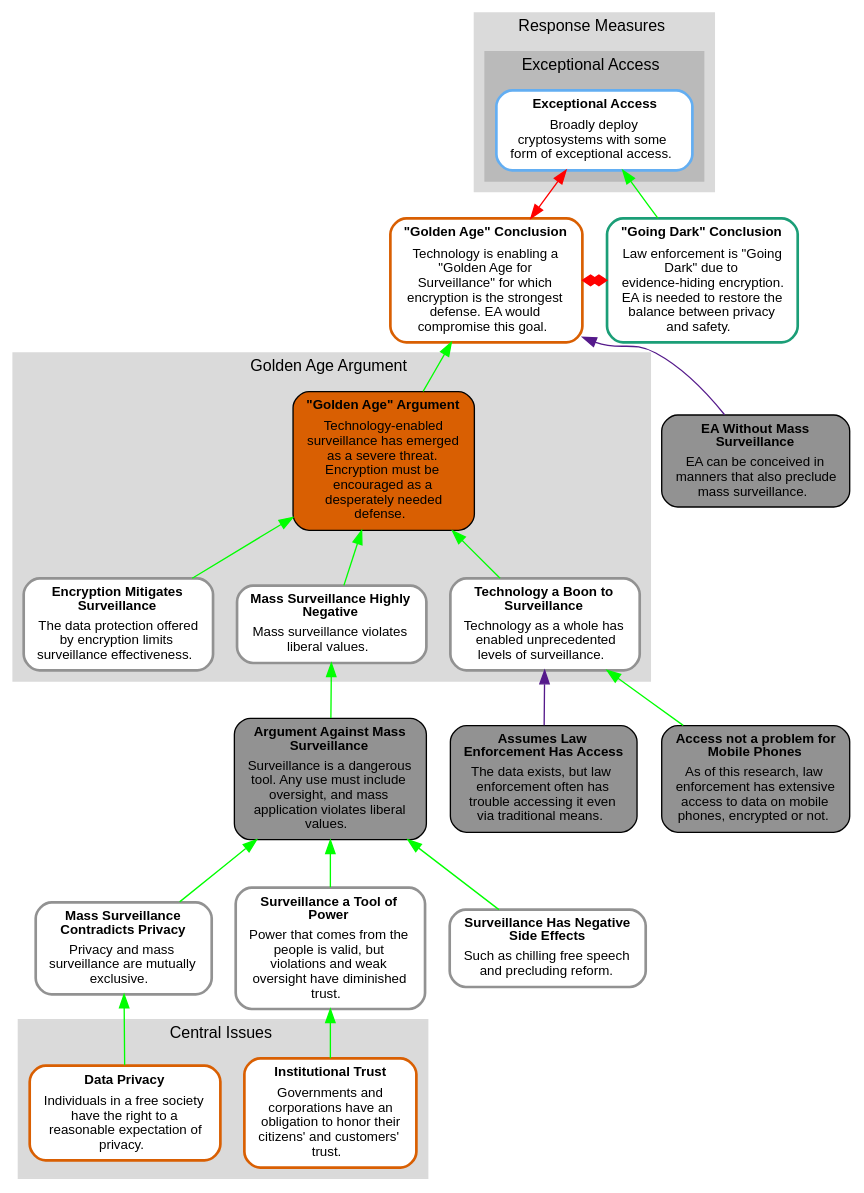
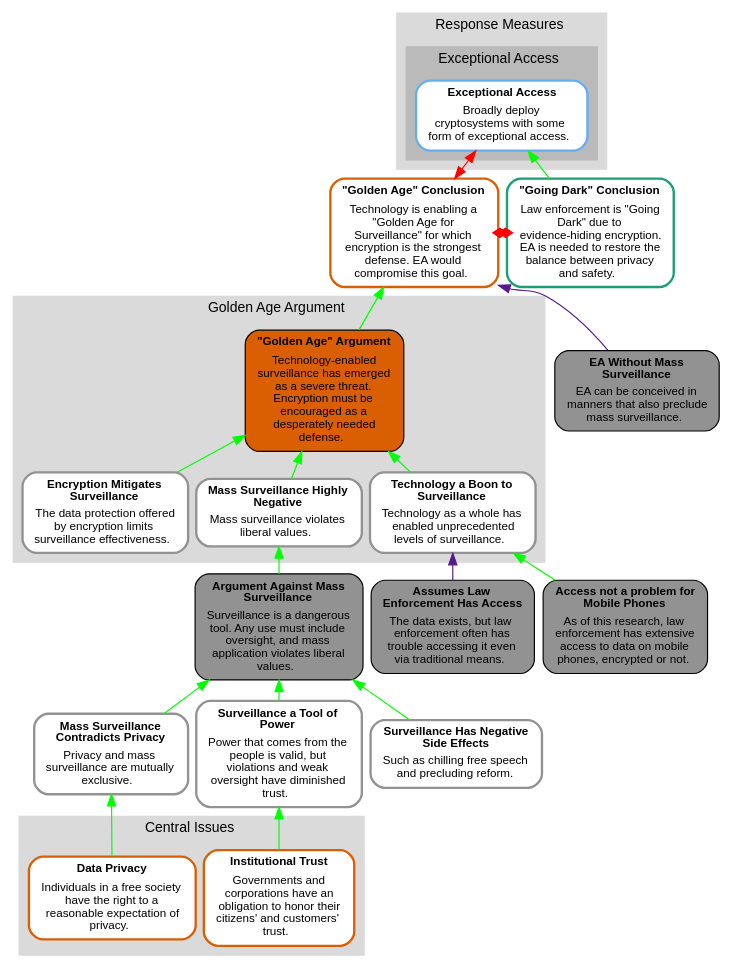
Before and after one commit to kkredit/confronting-wicked-crypto: the diagram in articles/tots-ieee/figures/dot/comprehensive.goldenage.dot, drawn with Graphviz. The commit also changed 5 other files, not shown here.

Commit message:
modified dot files for more compact graphs

```diff
--- a/articles/tots-ieee/figures/dot/comprehensive.goldenage.dot
+++ b/articles/tots-ieee/figures/dot/comprehensive.goldenage.dot
@@ -1,89 +1,91 @@
 digraph "Argument Map" {
 
 rankdir = "BT";
+nodesep = "0.1";
+ranksep = "0.25";
 concentrate = "false";
 ratio = "compress";
-size = "8,10";
+size = "6,8.5";
 edge[arrowsize="1", penwidth="1"]graph [bgcolor = "transparent" ]
 subgraph cluster_1 {
   label = <<FONT FACE="arial" POINT-SIZE="12" COLOR="#000000">Central&#x20;Issues&#x20;</FONT>>;
   color = "#DADADA";
   margin="8" style = filled;
  labelloc = "b";
 
   n0 [label=<<TABLE WIDTH="0" ALIGN="CENTER" BORDER="0" CELLSPACING="0"><TR><TD WIDTH="0" ALIGN="TEXT" BALIGN="CENTER"><FONT FACE="arial" POINT-SIZE="10" COLOR="#000000"><B>Data&#x20;Privacy&#x20;</B></FONT></TD></TR><TR><TD ALIGN="TEXT" WIDTH="0" BALIGN="CENTER"><FONT FACE="arial" POINT-SIZE="10" COLOR="#000000">Individuals&#x20;in&#x20;a&#x20;free&#x20;society&#x20;<BR/>have&#x20;the&#x20;right&#x20;to&#x20;a&#x20;<BR/>reasonable&#x20;expectation&#x20;of&#x20;<BR/>privacy.&#x20;&#x20;</FONT></TD></TR></TABLE>>, shape="box",  margin="0.11,0.055", style="filled,rounded,bold", color="#d95f02", fillcolor="white", labelfontcolor="white", fontcolor="#000000", type="statement-map-node"];
   n1 [label=<<TABLE WIDTH="0" ALIGN="CENTER" BORDER="0" CELLSPACING="0"><TR><TD WIDTH="0" ALIGN="TEXT" BALIGN="CENTER"><FONT FACE="arial" POINT-SIZE="10" COLOR="#000000"><B>Institutional&#x20;Trust&#x20;</B></FONT></TD></TR><TR><TD ALIGN="TEXT" WIDTH="0" BALIGN="CENTER"><FONT FACE="arial" POINT-SIZE="10" COLOR="#000000">Governments&#x20;and&#x20;<BR/>corporations&#x20;have&#x20;an&#x20;<BR/>obligation&#x20;to&#x20;honor&#x20;their&#x20;<BR/>citizens&#x27;&#x20;and&#x20;customers&#x27;&#x20;<BR/>trust.&#x20;&#x20;</FONT></TD></TR></TABLE>>, shape="box",  margin="0.11,0.055", style="filled,rounded,bold", color="#d95f02", fillcolor="white", labelfontcolor="white", fontcolor="#000000", type="statement-map-node"];
 
 }
 
 
 subgraph cluster_2 {
   label = <<FONT FACE="arial" POINT-SIZE="12" COLOR="#000000">Golden&#x20;Age&#x20;Argument&#x20;</FONT>>;
   color = "#DADADA";
   margin="8" style = filled;
  labelloc = "b";
 
   n5 [label=<<TABLE WIDTH="0" ALIGN="CENTER" BORDER="0" CELLSPACING="0"><TR><TD WIDTH="0" ALIGN="TEXT" BALIGN="CENTER"><FONT FACE="arial" POINT-SIZE="10" COLOR="#000000"><B>Mass&#x20;Surveillance&#x20;Highly&#x20;<BR/>Negative&#x20;</B></FONT></TD></TR><TR><TD ALIGN="TEXT" WIDTH="0" BALIGN="CENTER"><FONT FACE="arial" POINT-SIZE="10" COLOR="#000000">Mass&#x20;surveillance&#x20;violates&#x20;<BR/>liberal&#x20;values.&#x20;&#x20;</FONT></TD></TR></TABLE>>, shape="box",  margin="0.11,0.055", style="filled,rounded,bold", color="#929292", fillcolor="white", labelfontcolor="white", fontcolor="#000000", type="statement-map-node"];
   n6 [label=<<TABLE WIDTH="0" ALIGN="CENTER" BORDER="0" CELLSPACING="0"><TR><TD WIDTH="0" ALIGN="TEXT" BALIGN="CENTER"><FONT FACE="arial" POINT-SIZE="10" COLOR="#000000"><B>Technology&#x20;a&#x20;Boon&#x20;to&#x20;<BR/>Surveillance&#x20;</B></FONT></TD></TR><TR><TD ALIGN="TEXT" WIDTH="0" BALIGN="CENTER"><FONT FACE="arial" POINT-SIZE="10" COLOR="#000000">Technology&#x20;as&#x20;a&#x20;whole&#x20;has&#x20;<BR/>enabled&#x20;unprecedented&#x20;<BR/>levels&#x20;of&#x20;surveillance.&#x20;&#x20;</FONT></TD></TR></TABLE>>, shape="box",  margin="0.11,0.055", style="filled,rounded,bold", color="#929292", fillcolor="white", labelfontcolor="white", fontcolor="#000000", type="statement-map-node"];
   n7 [label=<<TABLE WIDTH="0" ALIGN="CENTER" BORDER="0" CELLSPACING="0"><TR><TD WIDTH="0" ALIGN="TEXT" BALIGN="CENTER"><FONT FACE="arial" POINT-SIZE="10" COLOR="#000000"><B>Encryption&#x20;Mitigates&#x20;<BR/>Surveillance&#x20;</B></FONT></TD></TR><TR><TD ALIGN="TEXT" WIDTH="0" BALIGN="CENTER"><FONT FACE="arial" POINT-SIZE="10" COLOR="#000000">The&#x20;data&#x20;protection&#x20;offered&#x20;<BR/>by&#x20;encryption&#x20;limits&#x20;<BR/>surveillance&#x20;effectiveness.&#x20;&#x20;</FONT></TD></TR></TABLE>>, shape="box",  margin="0.11,0.055", style="filled,rounded,bold", color="#929292", fillcolor="white", labelfontcolor="white", fontcolor="#000000", type="statement-map-node"];
   n11 [label=<<TABLE WIDTH="0" ALIGN="CENTER" BORDER="0" CELLSPACING="0"><TR><TD WIDTH="0" ALIGN="TEXT" BALIGN="CENTER"><FONT FACE="arial" POINT-SIZE="10" COLOR="#000000"><B>&#x22;Golden&#x20;Age&#x22;&#x20;Argument&#x20;</B></FONT></TD></TR><TR><TD ALIGN="TEXT" WIDTH="0" BALIGN="CENTER"><FONT FACE="arial" POINT-SIZE="10" COLOR="#000000">Technology-enabled&#x20;<BR/>surveillance&#x20;has&#x20;emerged&#x20;<BR/>as&#x20;a&#x20;severe&#x20;threat.&#x20;<BR/>Encryption&#x20;must&#x20;be&#x20;<BR/>encouraged&#x20;as&#x20;a&#x20;<BR/>desperately&#x20;needed&#x20;<BR/>defense.&#x20;&#x20;</FONT></TD></TR></TABLE>>, margin="0.11,0.055", shape="box", style="filled,rounded", fillcolor="#d95f02", fontcolor="#000000",  type="argument-map-node"];
 
 }
 
 
 subgraph cluster_3 {
   label = <<FONT FACE="arial" POINT-SIZE="12" COLOR="#000000">Response&#x20;Measures&#x20;</FONT>>;
   color = "#DADADA";
   margin="8" style = filled;
  labelloc = "b";
 
 
 subgraph cluster_4 {
   label = <<FONT FACE="arial" POINT-SIZE="12" COLOR="#000000">Exceptional&#x20;Access&#x20;</FONT>>;
   color = "#BABABA";
   margin="8" style = filled;
  labelloc = "b";
 
   n2 [label=<<TABLE WIDTH="0" ALIGN="CENTER" BORDER="0" CELLSPACING="0"><TR><TD WIDTH="0" ALIGN="TEXT" BALIGN="CENTER"><FONT FACE="arial" POINT-SIZE="10" COLOR="#000000"><B>Exceptional&#x20;Access&#x20;</B></FONT></TD></TR><TR><TD ALIGN="TEXT" WIDTH="0" BALIGN="CENTER"><FONT FACE="arial" POINT-SIZE="10" COLOR="#000000">Broadly&#x20;deploy&#x20;<BR/>cryptosystems&#x20;with&#x20;some&#x20;<BR/>form&#x20;of&#x20;exceptional&#x20;access.&#x20;&#x20;</FONT></TD></TR></TABLE>>, shape="box",  margin="0.11,0.055", style="filled,rounded,bold", color="#63AEF2", fillcolor="white", labelfontcolor="white", fontcolor="#000000", type="statement-map-node"];
 
 }
 
 
 }
 
   n3 [label=<<TABLE WIDTH="0" ALIGN="CENTER" BORDER="0" CELLSPACING="0"><TR><TD WIDTH="0" ALIGN="TEXT" BALIGN="CENTER"><FONT FACE="arial" POINT-SIZE="10" COLOR="#000000"><B>&#x22;Going&#x20;Dark&#x22;&#x20;Conclusion&#x20;</B></FONT></TD></TR><TR><TD ALIGN="TEXT" WIDTH="0" BALIGN="CENTER"><FONT FACE="arial" POINT-SIZE="10" COLOR="#000000">Law&#x20;enforcement&#x20;is&#x20;&#x22;Going&#x20;<BR/>Dark&#x22;&#x20;due&#x20;to&#x20;<BR/>evidence-hiding&#x20;encryption.&#x20;<BR/>EA&#x20;is&#x20;needed&#x20;to&#x20;restore&#x20;the&#x20;<BR/>balance&#x20;between&#x20;privacy&#x20;<BR/>and&#x20;safety.&#x20;&#x20;</FONT></TD></TR></TABLE>>, shape="box",  margin="0.11,0.055", style="filled,rounded,bold", color="#1b9e77", fillcolor="white", labelfontcolor="white", fontcolor="#000000", type="statement-map-node"];
   n4 [label=<<TABLE WIDTH="0" ALIGN="CENTER" BORDER="0" CELLSPACING="0"><TR><TD WIDTH="0" ALIGN="TEXT" BALIGN="CENTER"><FONT FACE="arial" POINT-SIZE="10" COLOR="#000000"><B>&#x22;Golden&#x20;Age&#x22;&#x20;Conclusion&#x20;</B></FONT></TD></TR><TR><TD ALIGN="TEXT" WIDTH="0" BALIGN="CENTER"><FONT FACE="arial" POINT-SIZE="10" COLOR="#000000">Technology&#x20;is&#x20;enabling&#x20;a&#x20;<BR/>&#x22;Golden&#x20;Age&#x20;for&#x20;<BR/>Surveillance&#x22;&#x20;for&#x20;which&#x20;<BR/>encryption&#x20;is&#x20;the&#x20;strongest&#x20;<BR/>defense.&#x20;EA&#x20;would&#x20;<BR/>compromise&#x20;this&#x20;goal.&#x20;&#x20;</FONT></TD></TR></TABLE>>, shape="box",  margin="0.11,0.055", style="filled,rounded,bold", color="#d95f02", fillcolor="white", labelfontcolor="white", fontcolor="#000000", type="statement-map-node"];
   n8 [label=<<TABLE WIDTH="0" ALIGN="CENTER" BORDER="0" CELLSPACING="0"><TR><TD WIDTH="0" ALIGN="TEXT" BALIGN="CENTER"><FONT FACE="arial" POINT-SIZE="10" COLOR="#000000"><B>Surveillance&#x20;a&#x20;Tool&#x20;of&#x20;<BR/>Power&#x20;</B></FONT></TD></TR><TR><TD ALIGN="TEXT" WIDTH="0" BALIGN="CENTER"><FONT FACE="arial" POINT-SIZE="10" COLOR="#000000">Power&#x20;that&#x20;comes&#x20;from&#x20;the&#x20;<BR/>people&#x20;is&#x20;valid&#x2C;&#x20;but&#x20;<BR/>violations&#x20;and&#x20;weak&#x20;<BR/>oversight&#x20;have&#x20;diminished&#x20;<BR/>trust.&#x20;&#x20;</FONT></TD></TR></TABLE>>, shape="box",  margin="0.11,0.055", style="filled,rounded,bold", color="#929292", fillcolor="white", labelfontcolor="white", fontcolor="#000000", type="statement-map-node"];
   n9 [label=<<TABLE WIDTH="0" ALIGN="CENTER" BORDER="0" CELLSPACING="0"><TR><TD WIDTH="0" ALIGN="TEXT" BALIGN="CENTER"><FONT FACE="arial" POINT-SIZE="10" COLOR="#000000"><B>Surveillance&#x20;Has&#x20;Negative&#x20;<BR/>Side&#x20;Effects&#x20;</B></FONT></TD></TR><TR><TD ALIGN="TEXT" WIDTH="0" BALIGN="CENTER"><FONT FACE="arial" POINT-SIZE="10" COLOR="#000000">Such&#x20;as&#x20;chilling&#x20;free&#x20;speech&#x20;<BR/>and&#x20;precluding&#x20;reform.&#x20;&#x20;</FONT></TD></TR></TABLE>>, shape="box",  margin="0.11,0.055", style="filled,rounded,bold", color="#929292", fillcolor="white", labelfontcolor="white", fontcolor="#000000", type="statement-map-node"];
   n10 [label=<<TABLE WIDTH="0" ALIGN="CENTER" BORDER="0" CELLSPACING="0"><TR><TD WIDTH="0" ALIGN="TEXT" BALIGN="CENTER"><FONT FACE="arial" POINT-SIZE="10" COLOR="#000000"><B>Mass&#x20;Surveillance&#x20;<BR/>Contradicts&#x20;Privacy&#x20;</B></FONT></TD></TR><TR><TD ALIGN="TEXT" WIDTH="0" BALIGN="CENTER"><FONT FACE="arial" POINT-SIZE="10" COLOR="#000000">Privacy&#x20;and&#x20;mass&#x20;<BR/>surveillance&#x20;are&#x20;mutually&#x20;<BR/>exclusive.&#x20;&#x20;</FONT></TD></TR></TABLE>>, shape="box",  margin="0.11,0.055", style="filled,rounded,bold", color="#929292", fillcolor="white", labelfontcolor="white", fontcolor="#000000", type="statement-map-node"];
   n12 [label=<<TABLE WIDTH="0" ALIGN="CENTER" BORDER="0" CELLSPACING="0"><TR><TD WIDTH="0" ALIGN="TEXT" BALIGN="CENTER"><FONT FACE="arial" POINT-SIZE="10" COLOR="#000000"><B>Argument&#x20;Against&#x20;Mass&#x20;<BR/>Surveillance&#x20;</B></FONT></TD></TR><TR><TD ALIGN="TEXT" WIDTH="0" BALIGN="CENTER"><FONT FACE="arial" POINT-SIZE="10" COLOR="#000000">Surveillance&#x20;is&#x20;a&#x20;dangerous&#x20;<BR/>tool.&#x20;Any&#x20;use&#x20;must&#x20;include&#x20;<BR/>oversight&#x2C;&#x20;and&#x20;mass&#x20;<BR/>application&#x20;violates&#x20;liberal&#x20;<BR/>values.&#x20;&#x20;</FONT></TD></TR></TABLE>>, margin="0.11,0.055", shape="box", style="filled,rounded", fillcolor="#929292", fontcolor="#000000",  type="argument-map-node"];
   n13 [label=<<TABLE WIDTH="0" ALIGN="CENTER" BORDER="0" CELLSPACING="0"><TR><TD WIDTH="0" ALIGN="TEXT" BALIGN="CENTER"><FONT FACE="arial" POINT-SIZE="10" COLOR="#000000"><B>EA&#x20;Without&#x20;Mass&#x20;<BR/>Surveillance&#x20;</B></FONT></TD></TR><TR><TD ALIGN="TEXT" WIDTH="0" BALIGN="CENTER"><FONT FACE="arial" POINT-SIZE="10" COLOR="#000000">EA&#x20;can&#x20;be&#x20;conceived&#x20;in&#x20;<BR/>manners&#x20;that&#x20;also&#x20;preclude&#x20;<BR/>mass&#x20;surveillance.&#x20;&#x20;</FONT></TD></TR></TABLE>>, margin="0.11,0.055", shape="box", style="filled,rounded", fillcolor="#929292", fontcolor="#000000",  type="argument-map-node"];
   n14 [label=<<TABLE WIDTH="0" ALIGN="CENTER" BORDER="0" CELLSPACING="0"><TR><TD WIDTH="0" ALIGN="TEXT" BALIGN="CENTER"><FONT FACE="arial" POINT-SIZE="10" COLOR="#000000"><B>Assumes&#x20;Law&#x20;<BR/>Enforcement&#x20;Has&#x20;Access&#x20;</B></FONT></TD></TR><TR><TD ALIGN="TEXT" WIDTH="0" BALIGN="CENTER"><FONT FACE="arial" POINT-SIZE="10" COLOR="#000000">The&#x20;data&#x20;exists&#x2C;&#x20;but&#x20;law&#x20;<BR/>enforcement&#x20;often&#x20;has&#x20;<BR/>trouble&#x20;accessing&#x20;it&#x20;even&#x20;<BR/>via&#x20;traditional&#x20;means.&#x20;&#x20;</FONT></TD></TR></TABLE>>, margin="0.11,0.055", shape="box", style="filled,rounded", fillcolor="#929292", fontcolor="#000000",  type="argument-map-node"];
   n15 [label=<<TABLE WIDTH="0" ALIGN="CENTER" BORDER="0" CELLSPACING="0"><TR><TD WIDTH="0" ALIGN="TEXT" BALIGN="CENTER"><FONT FACE="arial" POINT-SIZE="10" COLOR="#000000"><B>Access&#x20;not&#x20;a&#x20;problem&#x20;for&#x20;<BR/>Mobile&#x20;Phones&#x20;</B></FONT></TD></TR><TR><TD ALIGN="TEXT" WIDTH="0" BALIGN="CENTER"><FONT FACE="arial" POINT-SIZE="10" COLOR="#000000">As&#x20;of&#x20;this&#x20;research&#x2C;&#x20;law&#x20;<BR/>enforcement&#x20;has&#x20;extensive&#x20;<BR/>access&#x20;to&#x20;data&#x20;on&#x20;mobile&#x20;<BR/>phones&#x2C;&#x20;encrypted&#x20;or&#x20;not.&#x20;&#x20;</FONT></TD></TR></TABLE>>, margin="0.11,0.055", shape="box", style="filled,rounded", fillcolor="#929292", fontcolor="#000000",  type="argument-map-node"];
 
 
   n3 -> n2 [type="entails", color="#00ff00"];
   n4 -> n2 [type="contrary", color="#ff0000", dir="both"];
   n4 -> n3 [type="contradictory", color="#ff0000", dir="both", arrowtail="diamond", arrowhead="diamond"];
   n1 -> n8 [type="entails", color="#00ff00"];
   n0 -> n10 [type="entails", color="#00ff00"];
   n13 -> n4 [type="undercut", color="#551A8B"];
   n14 -> n6 [type="undercut", color="#551A8B"];
   n15 -> n6 [type="support", color="#00ff00"];
   n11 -> n4 [type="support", color="#00ff00"];
   n12 -> n5 [type="support", color="#00ff00"];
   n5 -> n11 [type="support", color="#00ff00"];
   n6 -> n11 [type="support", color="#00ff00"];
   n7 -> n11 [type="support", color="#00ff00"];
   n8 -> n12 [type="support", color="#00ff00"];
   n9 -> n12 [type="support", color="#00ff00"];
   n10 -> n12 [type="support", color="#00ff00"];
 { rank = same;
 n15;
 };
 { rank = same;
 n3;
 n4;
 };
 
 }
```
